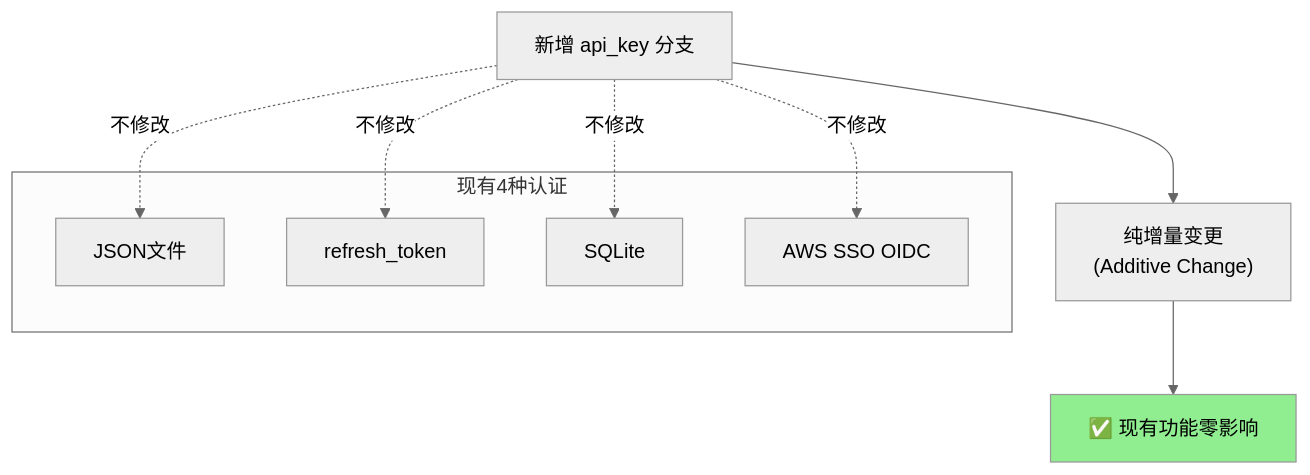
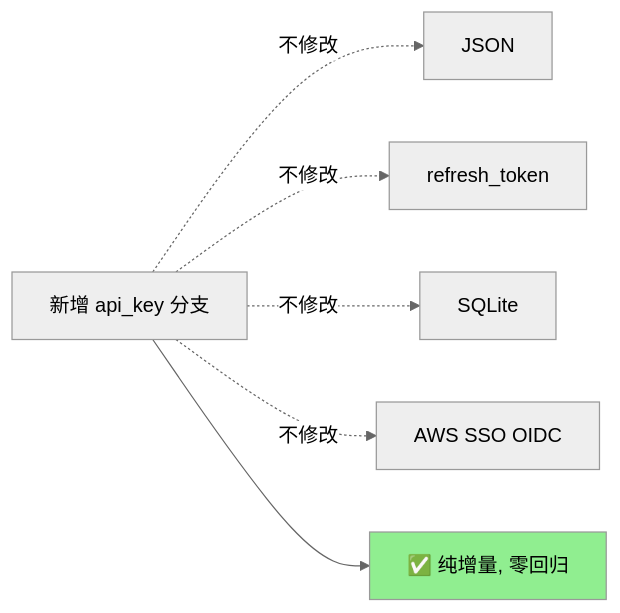
One commit to liangyimingcom/kiro-gateway_jwadow changed the fifth of 5 diagrams in docs/zh/API_KEY_AUTH_DESIGN.md. Above: the diagram before and after it, drawn with Mermaid (neutral theme). The commit also changed other lines of this file and 6 other files, not shown here.

First line of the commit message:
feat(auth): API key as session credential - explicit profile_arn + skip ListAvailableModels

````diff
--- a/docs/zh/API_KEY_AUTH_DESIGN.md
+++ b/docs/zh/API_KEY_AUTH_DESIGN.md
@@ -503,19 +201,9 @@
 ```mermaid
-flowchart TD
-    subgraph 现有4种认证
-        E1[JSON文件]
-        E2[refresh_token]
-        E3[SQLite]
-        E4[AWS SSO OIDC]
-    end
-
-    NEW["新增 api_key 分支"] -.->|不修改| E1
-    NEW -.->|不修改| E2
-    NEW -.->|不修改| E3
-    NEW -.->|不修改| E4
-
-    NEW --> ADDITIVE["纯增量变更<br/>(Additive Change)"]
-    ADDITIVE --> SAFE["✅ 现有功能零影响"]
-
+flowchart LR
+    NEW["新增 api_key 分支"] -.->|不修改| E1[JSON]
+    NEW -.->|不修改| E2[refresh_token]
+    NEW -.->|不修改| E3[SQLite]
+    NEW -.->|不修改| E4[AWS SSO OIDC]
+    NEW --> SAFE["✅ 纯增量, 零回归"]
     style SAFE fill:#90EE90
 ```
````
